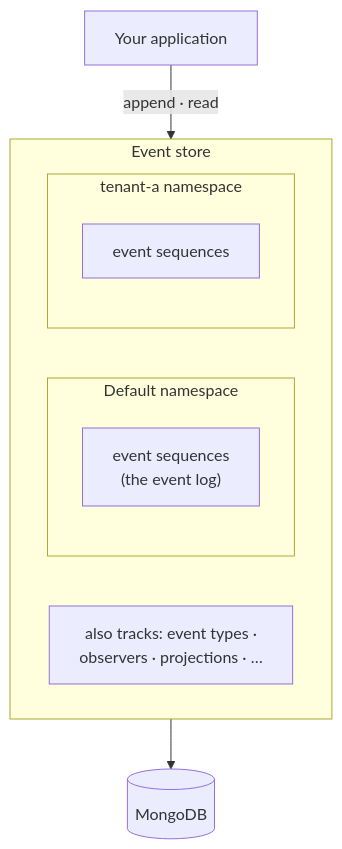
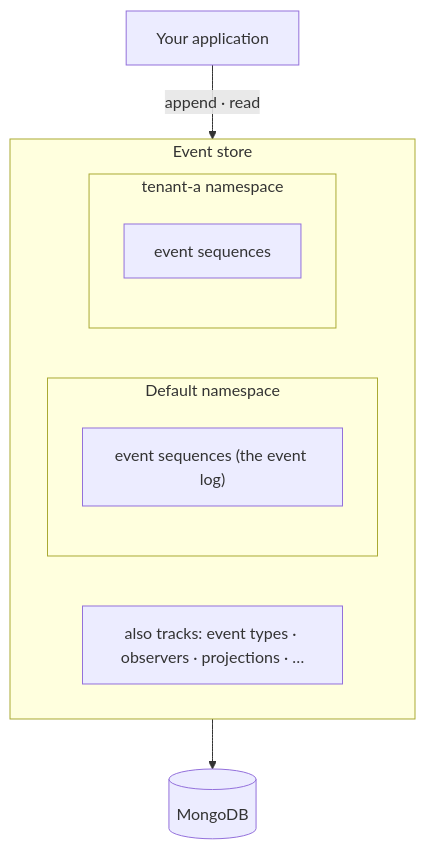
One commit to Cratis/Chronicle changed the diagram in Documentation/concepts/event-store.md. Above: the diagram before and after it, drawn with Mermaid. The commit also changed 43 other files, not shown here.

````diff
--- a/Documentation/concepts/event-store.md
+++ b/Documentation/concepts/event-store.md
@@ -13,15 +13,15 @@
 ```mermaid
 flowchart TB
     App["Your application"] -->|append · read| ES
     subgraph ES["Event store"]
         direction LR
         subgraph NS1["Default namespace"]
-            S1["event sequences<br/>(the event log)"]
+            S1["event sequences (the event log)"]
         end
         subgraph NS2["tenant-a namespace"]
             S2["event sequences"]
         end
-        Meta["also tracks: event types ·<br/>observers · projections · …"]
+        Meta["also tracks: event types · observers · projections · …"]
     end
     ES --> Mongo[("MongoDB")]
 ```
````
